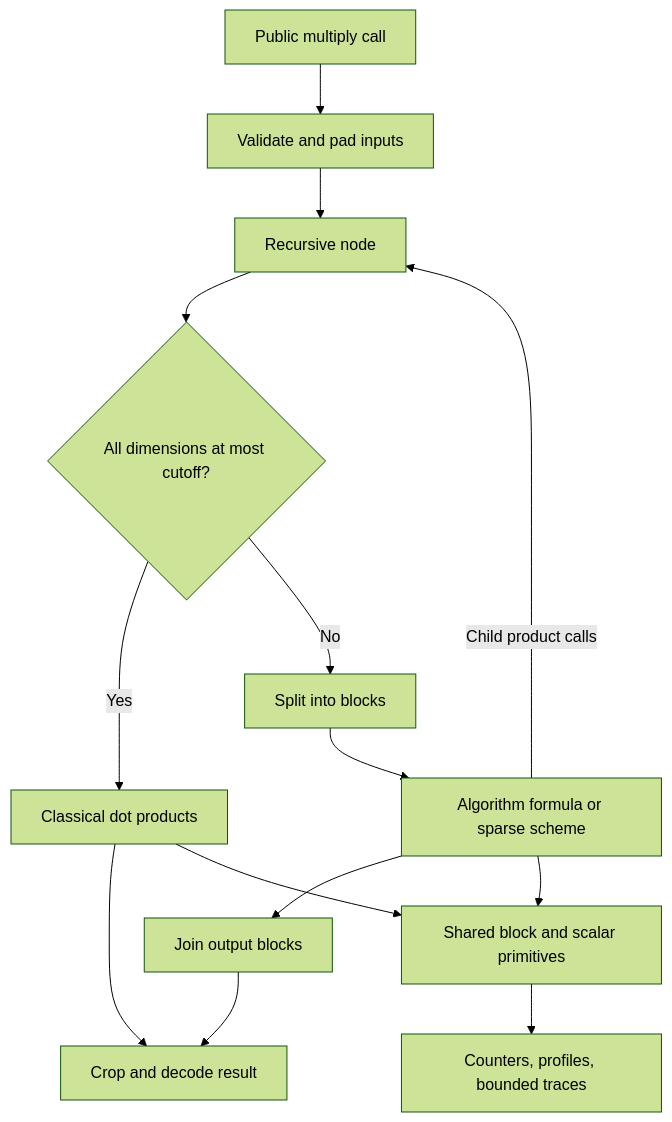
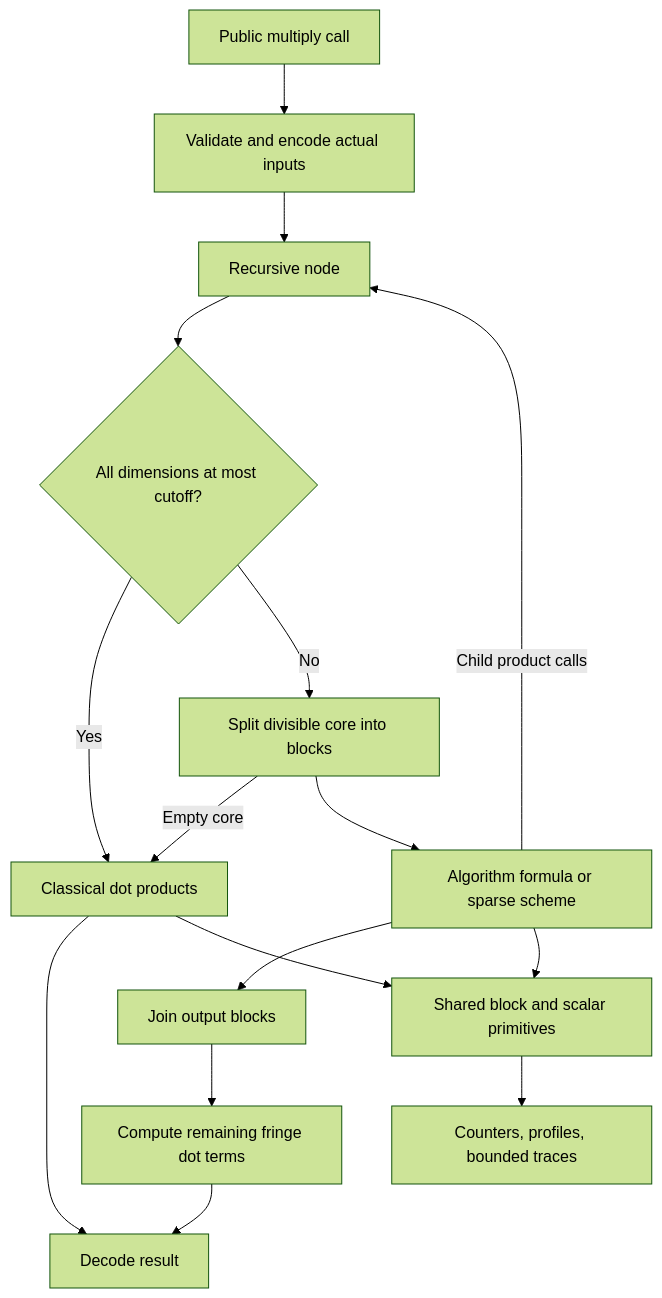
The diagram in CODE_GUIDE.md (dkjroot/exploring-matrix-multiplication), drawn with Mermaid (forest theme) before and after one commit. The commit also changed other lines of this file and 75 other files, not shown here.

````diff
--- a/CODE_GUIDE.md
+++ b/CODE_GUIDE.md
@@ -22,16 +42,18 @@
 ```mermaid
 flowchart TD
-    A[Public multiply call] --> B[Validate and pad inputs]
+    A[Public multiply call] --> B[Validate and encode actual inputs]
     B --> C[Recursive node]
     C --> D{All dimensions at most cutoff?}
     D -->|Yes| E[Classical dot products]
-    D -->|No| F[Split into blocks]
+    D -->|No| F[Split divisible core into blocks]
+    F -->|Empty core| E
     F --> G[Algorithm formula or sparse scheme]
     G -->|Child product calls| C
     G --> H[Join output blocks]
-    H --> I[Crop and decode result]
+    H --> L[Compute remaining fringe dot terms]
+    L --> I[Decode result]
     E --> I
     G --> J[Shared block and scalar primitives]
     E --> J
     J --> K[Counters, profiles, bounded traces]
 ```
````
